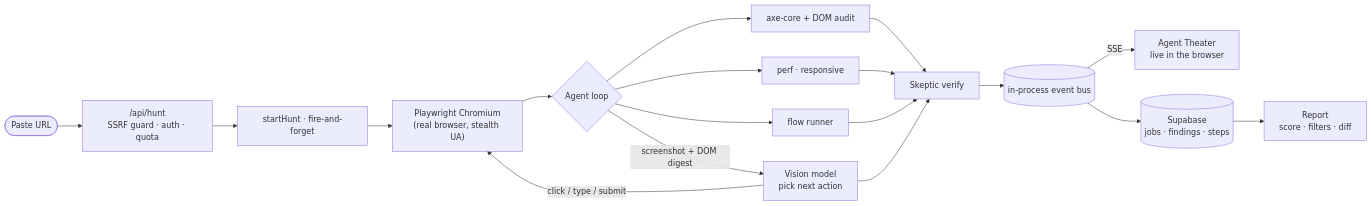
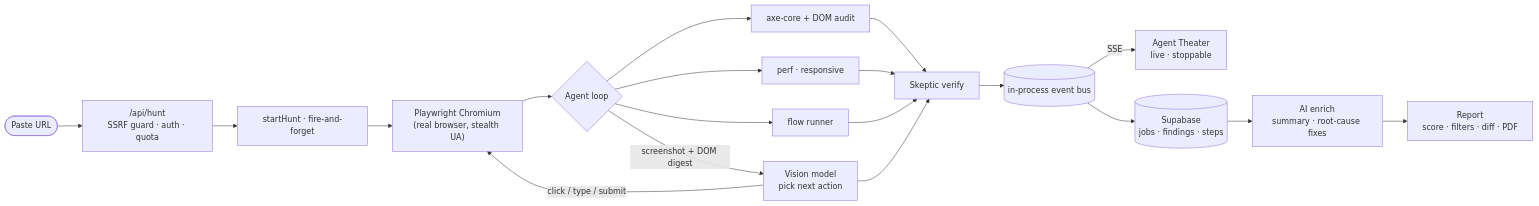
The diagram in README.md (srikanth-11/snag), drawn with Mermaid before and after one commit. The commit also changed other lines of this file and 8 other files, not shown here.

````diff
--- a/README.md
+++ b/README.md
@@ -66,17 +83,18 @@
 ```mermaid
 flowchart LR
   U([Paste URL]) --> API["/api/hunt<br/>SSRF guard · auth · quota"]
   API --> H[startHunt · fire-and-forget]
   H --> D["Playwright Chromium<br/>(real browser, stealth UA)"]
   D --> L{Agent loop}
   L -->|screenshot + DOM digest| V[Vision model<br/>pick next action]
   V -->|click / type / submit| D
   L --> AX[axe-core + DOM audit]
   L --> PF[perf · responsive]
   L --> FL[flow runner]
   AX & PF & FL & V --> SK[Skeptic verify]
   SK --> BUS[(in-process event bus)]
-  BUS -->|SSE| T[Agent Theater<br/>live in the browser]
+  BUS -->|SSE| T[Agent Theater<br/>live · stoppable]
   BUS --> DB[(Supabase<br/>jobs · findings · steps)]
-  DB --> R[Report<br/>score · filters · diff]
+  DB --> EN[AI enrich<br/>summary · root-cause fixes]
+  EN --> R[Report<br/>score · filters · diff · PDF]
 ```
````
